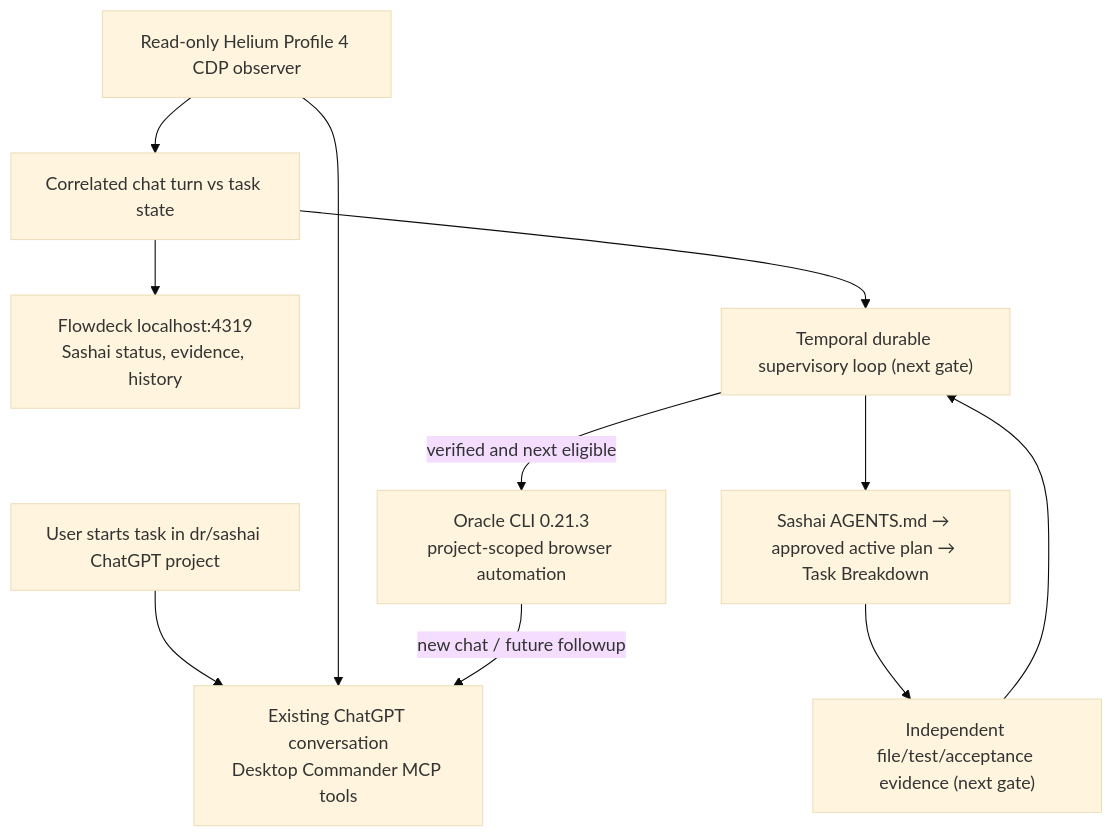
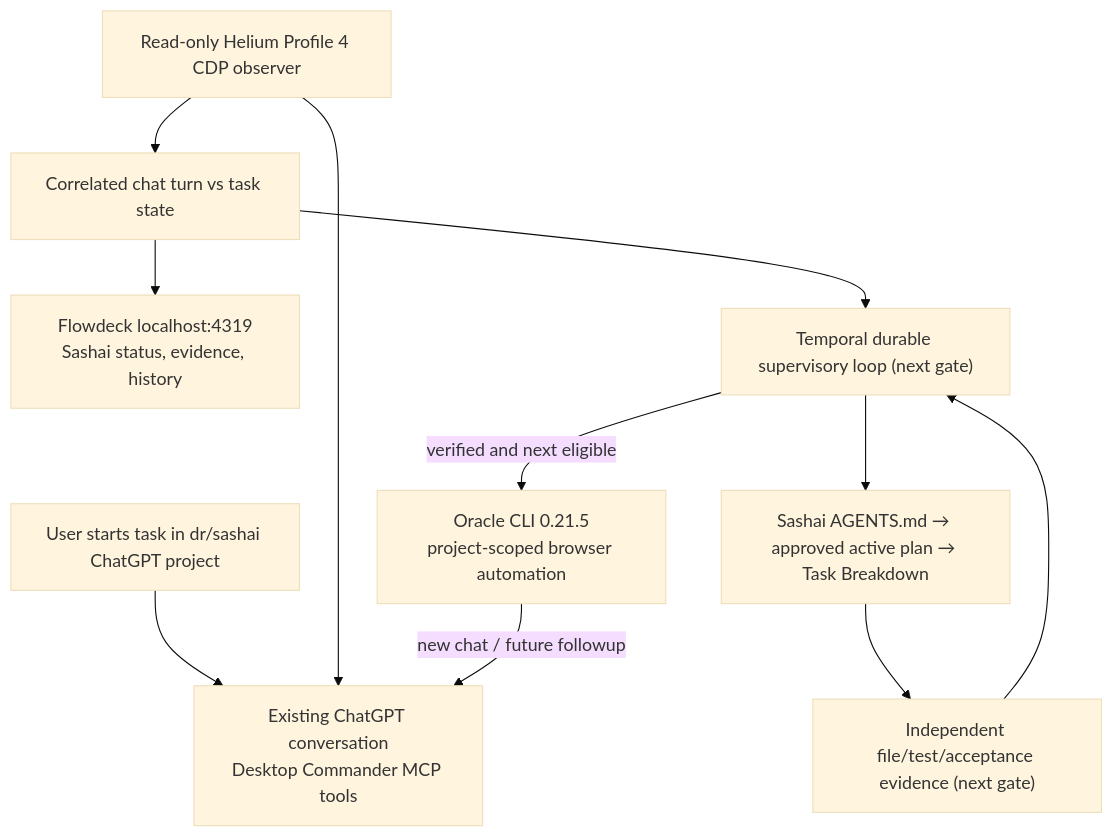
The diagram in docs/ORACLE-SASHAI-SUPERVISOR-PLAN.md (drunkod/temporal-harness-mvp), drawn with Mermaid (base theme) before and after one commit. The commit also changed other lines of this file and 13 other files, not shown here.

````diff
--- a/docs/ORACLE-SASHAI-SUPERVISOR-PLAN.md
+++ b/docs/ORACLE-SASHAI-SUPERVISOR-PLAN.md
@@ -14,13 +26,13 @@
 ```mermaid
 flowchart TD
   Owner["User starts task in dr/sashai ChatGPT project"] --> Existing["Existing ChatGPT conversation<br/>Desktop Commander MCP tools"]
   Observer["Read-only Helium Profile 4 CDP observer"] --> Existing
   Observer --> Projection["Correlated chat turn vs task state"]
-  Oracle["Oracle CLI 0.21.3<br/>project-scoped browser automation"] -->|"new chat / future followup"| Existing
+  Oracle["Oracle CLI 0.21.5<br/>project-scoped browser automation"] -->|"new chat / future followup"| Existing
   Projection --> Flowdeck["Flowdeck localhost:4319<br/>Sashai status, evidence, history"]
   Projection --> Temporal["Temporal durable supervisory loop (next gate)"]
   Temporal --> Tasks["Sashai AGENTS.md → approved active plan → Task Breakdown"]
   Tasks --> Verifier["Independent file/test/acceptance evidence (next gate)"]
   Verifier --> Temporal
   Temporal -->|"verified and next eligible"| Oracle
 ```
````
